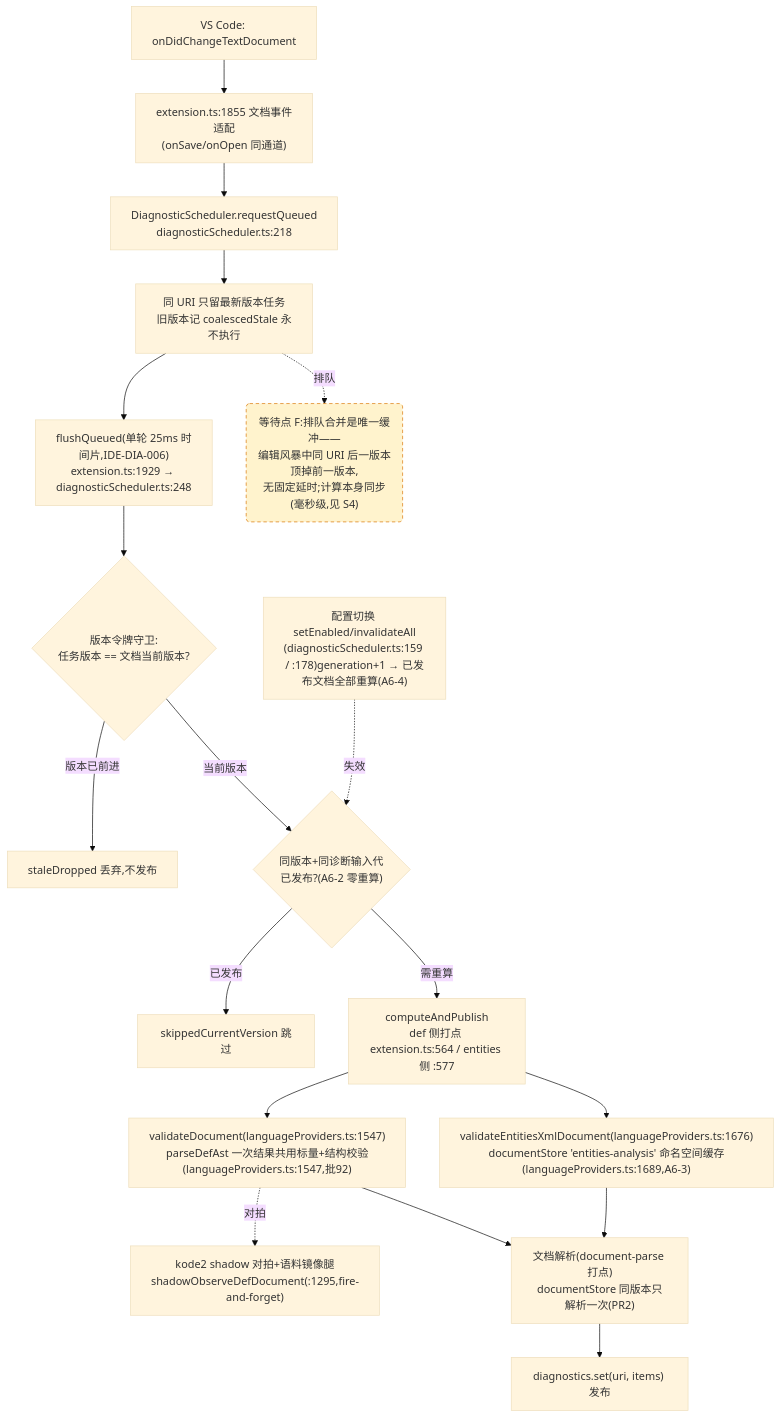
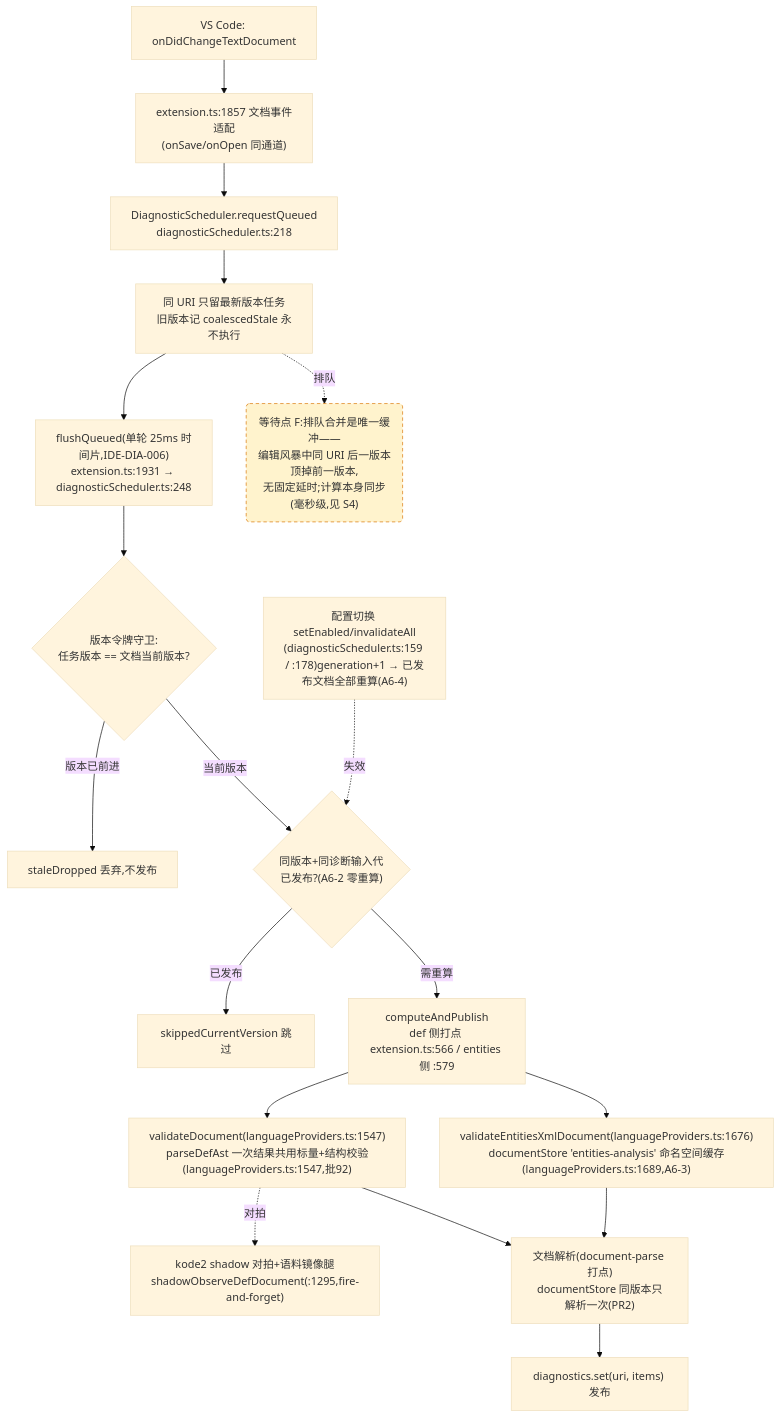
One commit to cuihairu/kode changed the fourth of 4 diagrams in docs/perf/2026-baseline.md. Above: the diagram before and after it, drawn with Mermaid (base theme). The commit also changed other lines of this file and 17 other files, not shown here.

````diff
--- a/docs/perf/2026-baseline.md
+++ b/docs/perf/2026-baseline.md
@@ -214,38 +214,38 @@
 ```mermaid
 flowchart TD
   CHG["VS Code: onDidChangeTextDocument"]
-  WATCH["extension.ts:1855 文档事件适配<br/>(onSave/onOpen 同通道)"]
+  WATCH["extension.ts:1857 文档事件适配<br/>(onSave/onOpen 同通道)"]
   RQ["DiagnosticScheduler.requestQueued<br/>diagnosticScheduler.ts:218"]
   CO["同 URI 只留最新版本任务<br/>旧版本记 coalescedStale 永不执行"]
-  FL["flushQueued(单轮 25ms 时间片,IDE-DIA-006)<br/>extension.ts:1929 → diagnosticScheduler.ts:248"]
+  FL["flushQueued(单轮 25ms 时间片,IDE-DIA-006)<br/>extension.ts:1931 → diagnosticScheduler.ts:248"]
   VG{"版本令牌守卫:<br/>任务版本 == 文档当前版本?"}
   DROP["staleDropped 丢弃,不发布"]
   GEN{"同版本+同诊断输入代<br/>已发布?(A6-2 零重算)"}
   SKIP["skippedCurrentVersion 跳过"]
-  CALC["computeAndPublish<br/>def 侧打点 extension.ts:564 / entities 侧 :577"]
+  CALC["computeAndPublish<br/>def 侧打点 extension.ts:566 / entities 侧 :579"]
   VD["validateDocument(languageProviders.ts:1547)<br/>parseDefAst 一次结果共用标量+结构校验(languageProviders.ts:1547,批92)"]
   VEX["validateEntitiesXmlDocument(languageProviders.ts:1676)<br/>documentStore 'entities-analysis' 命名空间缓存(languageProviders.ts:1689,A6-3)"]
   SHDD["kode2 shadow 对拍+语料镜像腿<br/>shadowObserveDefDocument(:1295,fire-and-forget)"]
   DS["文档解析(document-parse 打点)<br/>documentStore 同版本只解析一次(PR2)"]
   PUB["diagnostics.set(uri, items) 发布"]
   CFG2["配置切换 setEnabled/invalidateAll<br/>(diagnosticScheduler.ts:159 / :178)generation+1 → 已发布文档全部重算(A6-4)"]
 
   CHG --> WATCH --> RQ --> CO --> FL --> VG
   VG -- "版本已前进" --> DROP
   VG -- "当前版本" --> GEN
   GEN -- "已发布" --> SKIP
   GEN -- "需重算" --> CALC
   CALC --> VD
   CALC --> VEX
   VD --> DS
   VEX --> DS
   DS --> PUB
   VD -.->|对拍| SHDD
   CFG2 -.->|失效| GEN
 
   WAITF("等待点 F:排队合并是唯一缓冲——<br/>编辑风暴中同 URI 后一版本顶掉前一版本,<br/>无固定延时;计算本身同步(毫秒级,见 S4)")
   CO -.->|排队| WAITF
 
   classDef waitPoint fill:#fff3cd,stroke:#d97706,stroke-dasharray:5 4;
   class WAITF waitPoint;
 ```
````
